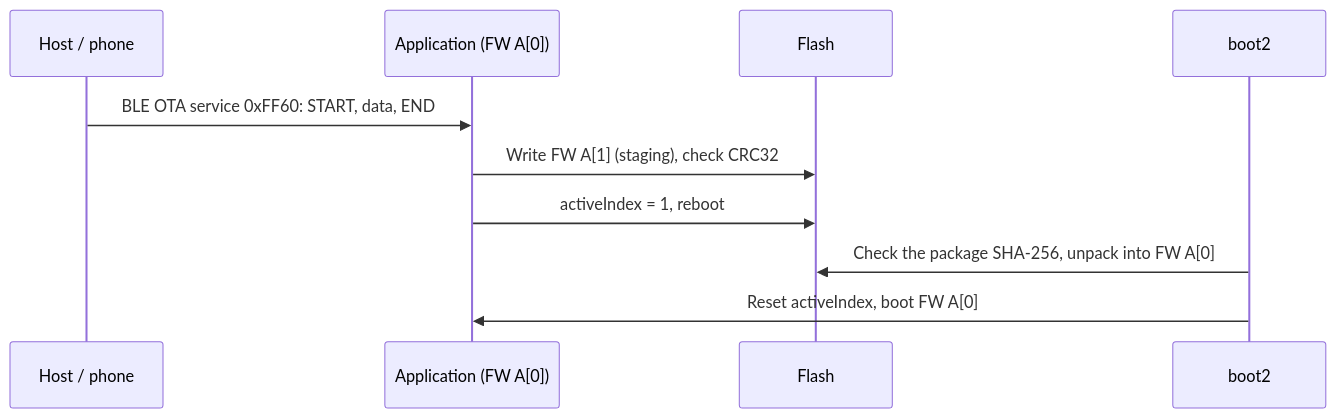
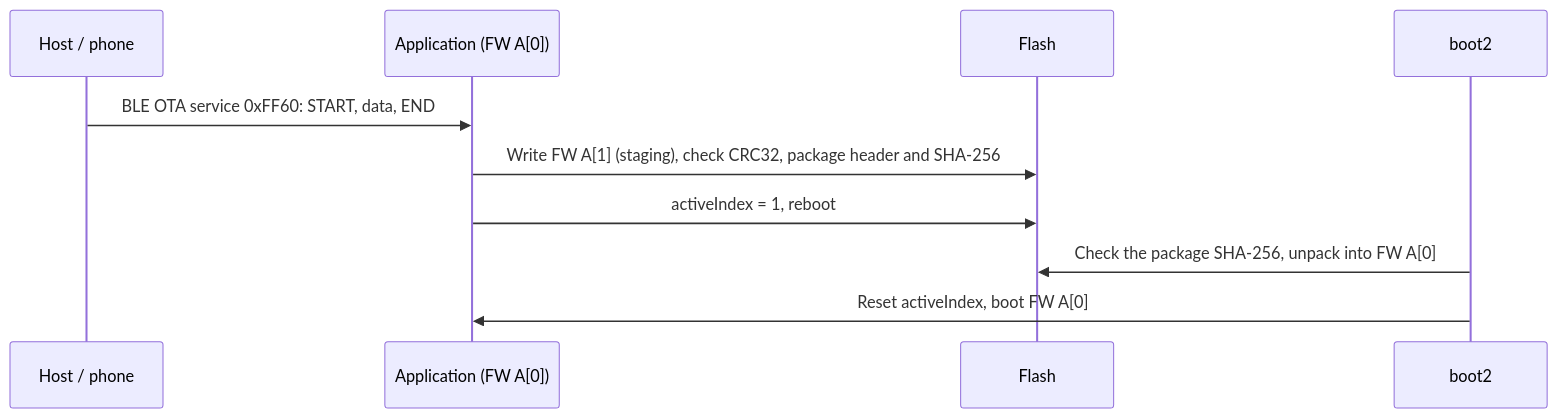
Before and after one commit to INTELPRO-INC/ipro-sdk-docs: the diagram in docs/en/guides/ota.md, drawn with Mermaid. The commit also changed other lines of this file and 173 other files, not shown here.

````diff
--- a/docs/en/guides/ota.md
+++ b/docs/en/guides/ota.md
@@ -21,12 +22,12 @@
 ```mermaid
 sequenceDiagram
   participant H as Host / phone
   participant A as Application (FW A[0])
   participant F as Flash
   participant B as boot2
   H->>A: BLE OTA service 0xFF60: START, data, END
-  A->>F: Write FW A[1] (staging), check CRC32
+  A->>F: Write FW A[1] (staging), check CRC32, package header and SHA-256
   A->>F: activeIndex = 1, reboot
   B->>F: Check the package SHA-256, unpack into FW A[0]
   B->>A: Reset activeIndex, boot FW A[0]
 ```
````
